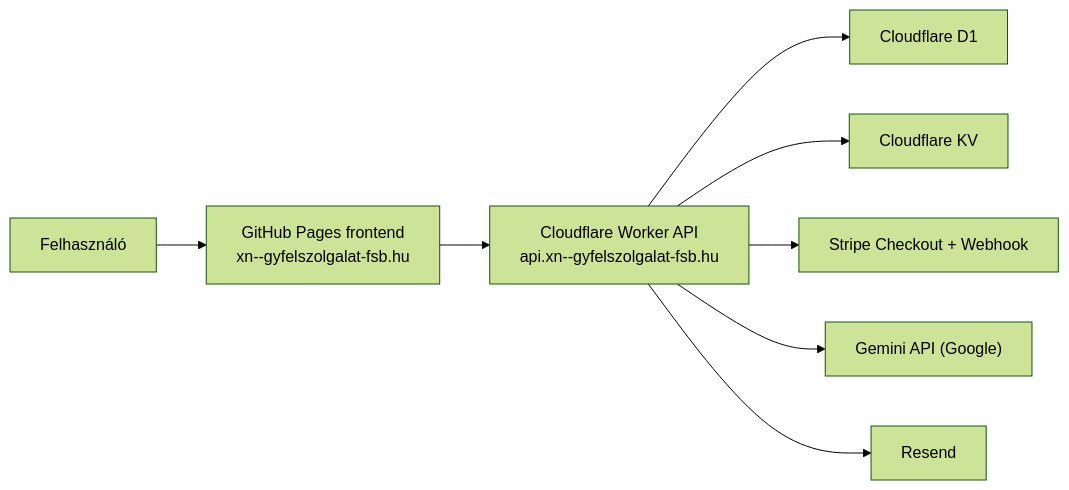
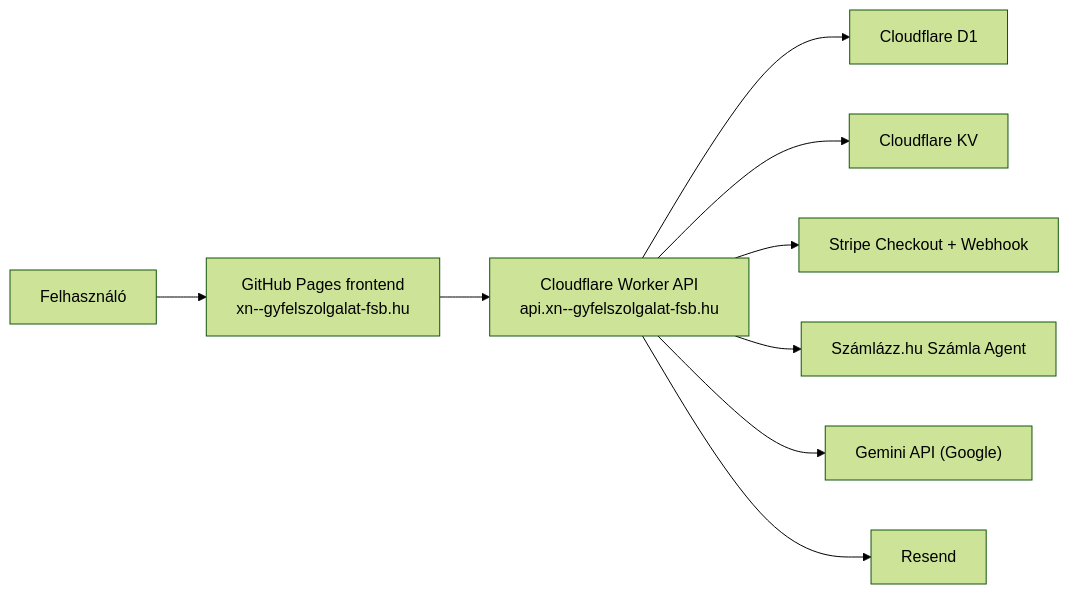
One commit to epatrik107/ugyfelszolg changed the diagram in README.md. Above: the diagram before and after it, drawn with Mermaid (forest theme). The commit also changed other lines of this file and 50 other files, not shown here.

````diff
--- a/README.md
+++ b/README.md
@@ -20,10 +21,11 @@
 ```mermaid
 flowchart LR
   U["Felhasználó"] --> F["GitHub Pages frontend<br/>xn--gyfelszolgalat-fsb.hu"]
   F --> W["Cloudflare Worker API<br/>api.xn--gyfelszolgalat-fsb.hu"]
   W --> D1["Cloudflare D1"]
   W --> KV["Cloudflare KV"]
   W --> S["Stripe Checkout + Webhook"]
+  W --> I["Számlázz.hu Számla Agent"]
   W --> O["Gemini API (Google)"]
   W --> R["Resend"]
 ```
````
